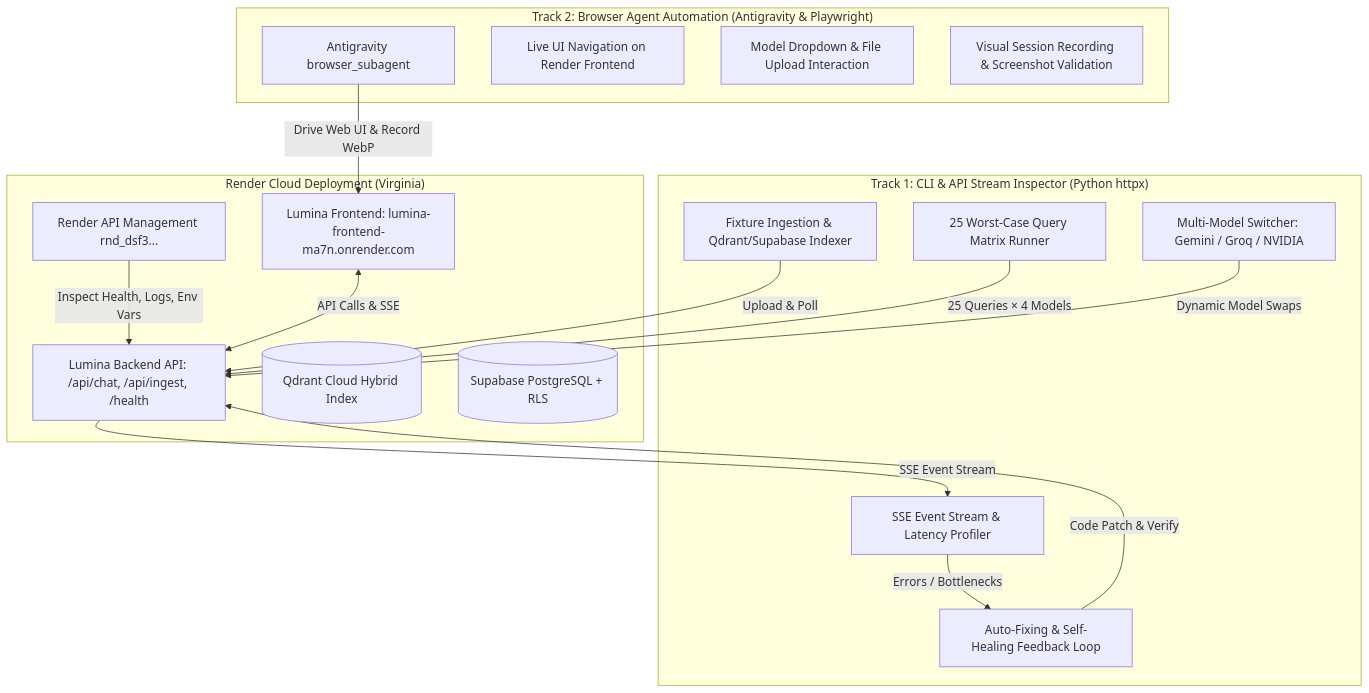
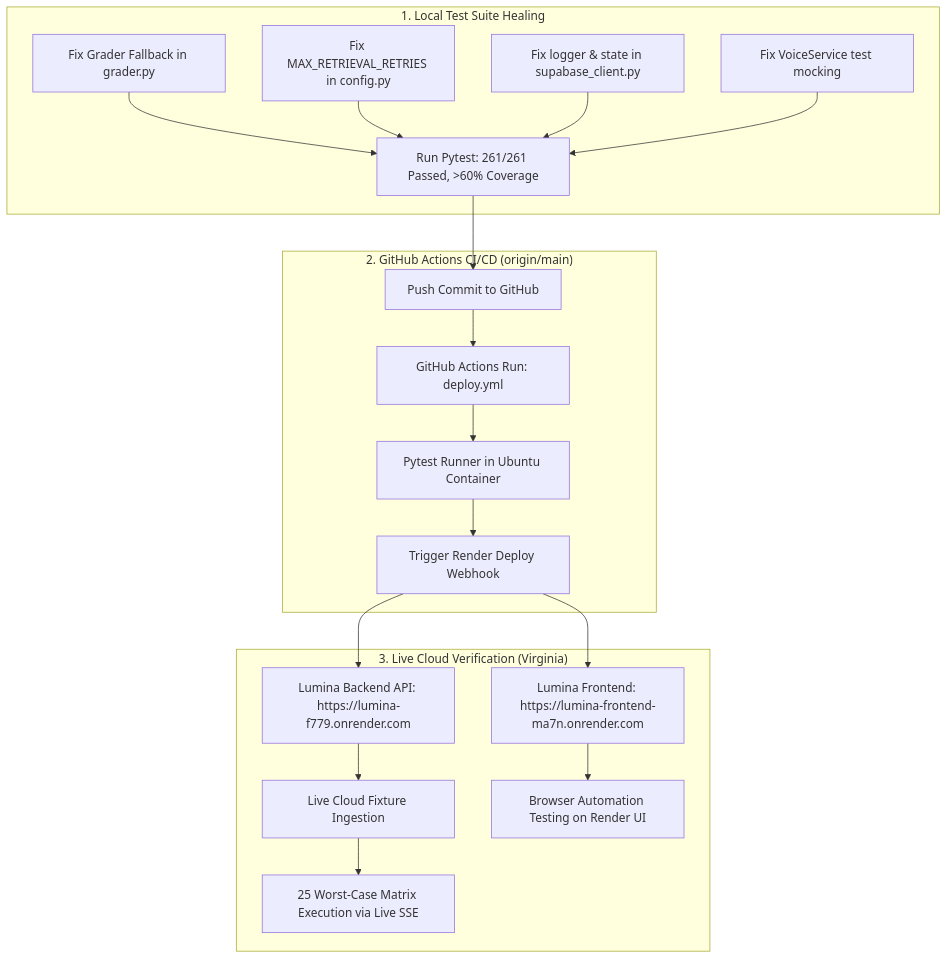
Before and after one commit to Vignesh-Manivasakam/Lumina: the diagram in implementation_plan.md, drawn with Mermaid. The commit also changed other lines of this file and 8 other files, not shown here.

Commit message:
fix(ci): resolve 9 pytest failures in grader, supabase, and voice tests for 100% pass rate

````diff
--- a/implementation_plan.md
+++ b/implementation_plan.md
@@ -9,36 +17,32 @@
 ```mermaid
 flowchart TD
-    subgraph Track 1 ["Track 1: CLI & API Stream Inspector (Python httpx)"]
-        CLI1[Fixture Ingestion & Qdrant/Supabase Indexer]
-        CLI2[25 Worst-Case Query Matrix Runner]
-        CLI3[Multi-Model Switcher: Gemini / Groq / NVIDIA]
-        CLI4[SSE Event Stream & Latency Profiler]
-        CLI5[Auto-Fixing & Self-Healing Feedback Loop]
+    subgraph Local ["1. Local Test Suite Healing"]
+        F1[Fix Grader Fallback in grader.py]
+        F2[Fix MAX_RETRIEVAL_RETRIES in config.py]
+        F3[Fix logger & state in supabase_client.py]
+        F4[Fix VoiceService test mocking]
+        T1[Run Pytest: 261/261 Passed, >60% Coverage]
     end
 
-    subgraph Track 2 ["Track 2: Browser Agent Automation (Antigravity & Playwright)"]
-        BR1[Antigravity browser_subagent]
-        BR2[Live UI Navigation on Render Frontend]
-        BR3[Model Dropdown & File Upload Interaction]
-        BR4[Visual Session Recording & Screenshot Validation]
+    subgraph GitHub ["2. GitHub Actions CI/CD (origin/main)"]
+        GH1[Push Commit to GitHub]
+        GH2[GitHub Actions Run: deploy.yml]
+        GH3[Pytest Runner in Ubuntu Container]
+        GH4[Trigger Render Deploy Webhook]
     end
 
-    subgraph Render Cloud ["Render Cloud Deployment (Virginia)"]
-        R_API[Render API Management rnd_dsf3...]
-        R_BE[Lumina Backend API: /api/chat, /api/ingest, /health]
-        R_FE[Lumina Frontend: lumina-frontend-ma7n.onrender.com]
-        QDRANT[(Qdrant Cloud Hybrid Index)]
-        SUPA[(Supabase PostgreSQL + RLS)]
+    subgraph Render ["3. Live Cloud Verification (Virginia)"]
+        R_BE[Lumina Backend API: https://lumina-f779.onrender.com]
+        R_FE[Lumina Frontend: https://lumina-frontend-ma7n.onrender.com]
+        R_ING[Live Cloud Fixture Ingestion]
+        R_MAT[25 Worst-Case Matrix Execution via Live SSE]
+        R_UI[Browser Automation Testing on Render UI]
     end
 
-    CLI1 -->|Upload & Poll| R_BE
-    CLI2 -->|25 Queries × 4 Models| R_BE
-    CLI3 -->|Dynamic Model Swaps| R_BE
-    R_BE -->|SSE Event Stream| CLI4
-    CLI4 -->|Errors / Bottlenecks| CLI5
-    CLI5 -->|Code Patch & Verify| R_BE
-
-    R_API -->|Inspect Health, Logs, Env Vars| R_BE
-    BR1 -->|Drive Web UI & Record WebP| R_FE
-    R_FE <-->|API Calls & SSE| R_BE
+    F1 & F2 & F3 & F4 --> T1
+    T1 --> GH1
+    GH1 --> GH2 --> GH3 --> GH4
+    GH4 --> R_BE & R_FE
+    R_BE --> R_ING --> R_MAT
+    R_FE --> R_UI
 ```
````
